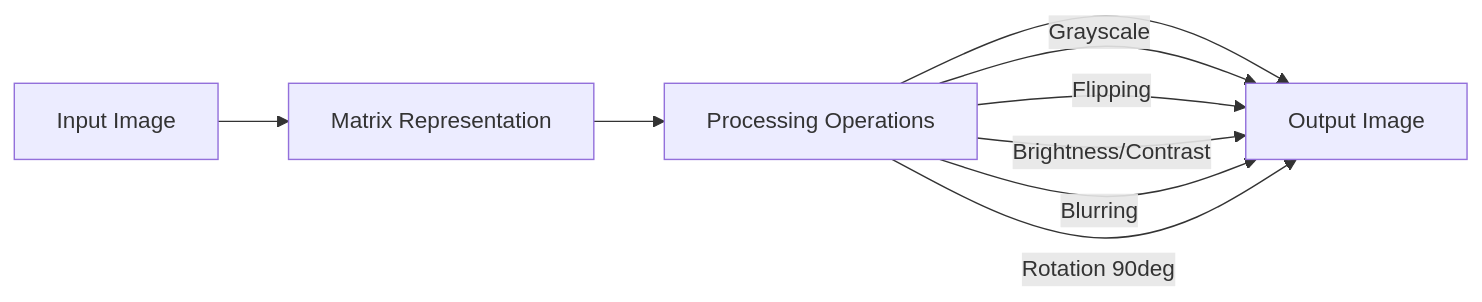
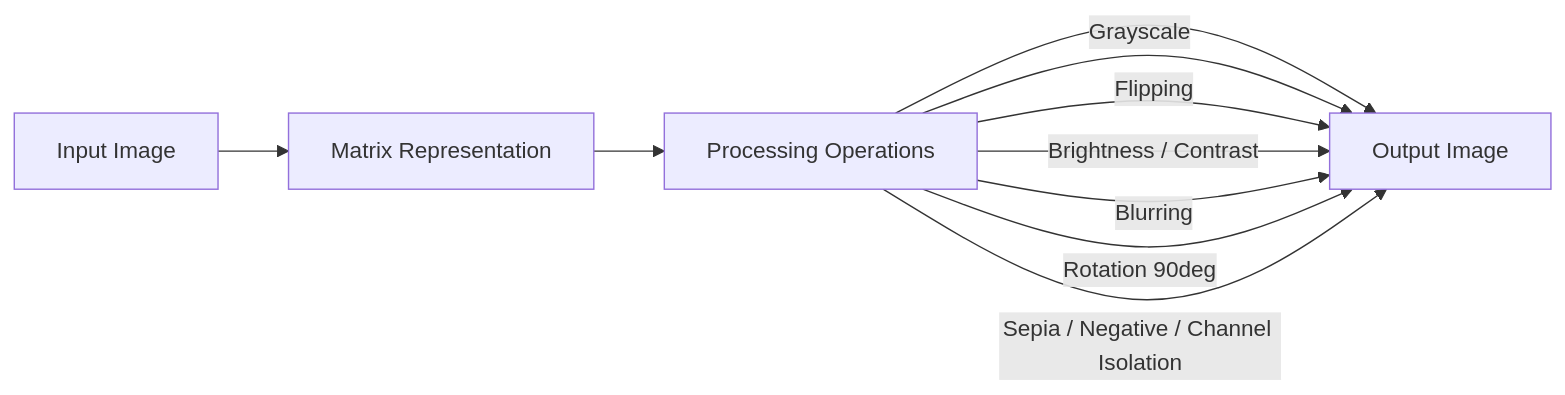
The diagram in README.md (Sondos100/Digital-Image-Processing), drawn with Mermaid before and after one commit. The commit also changed other lines of this file, not shown here.

````diff
--- a/README.md
+++ b/README.md
@@ -46,12 +49,13 @@
 ```mermaid
 flowchart LR
     A[Input Image] --> B[Matrix Representation]
     B --> C[Processing Operations]
     C --> D[Output Image]
 
     C -->|Grayscale| D
     C -->|Flipping| D
-    C -->|Brightness/Contrast| D
+    C -->|Brightness / Contrast| D
     C -->|Blurring| D
     C -->|Rotation 90deg| D
+    C -->|Sepia / Negative / Channel Isolation| D
 ```
````
